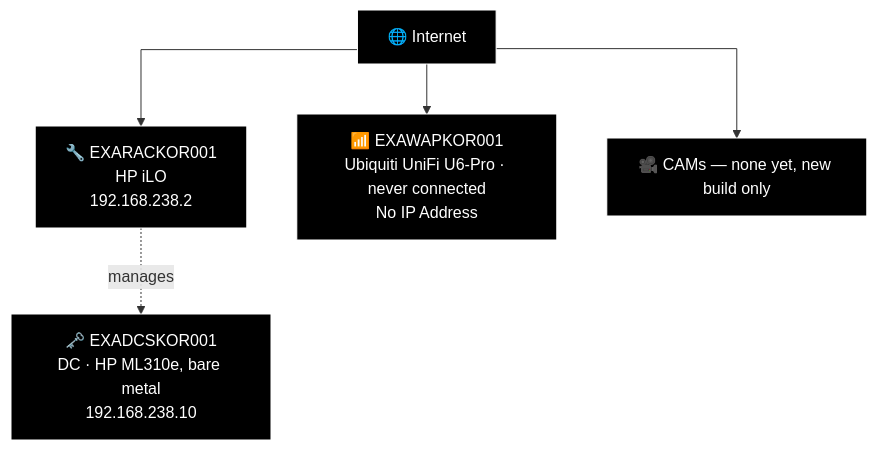
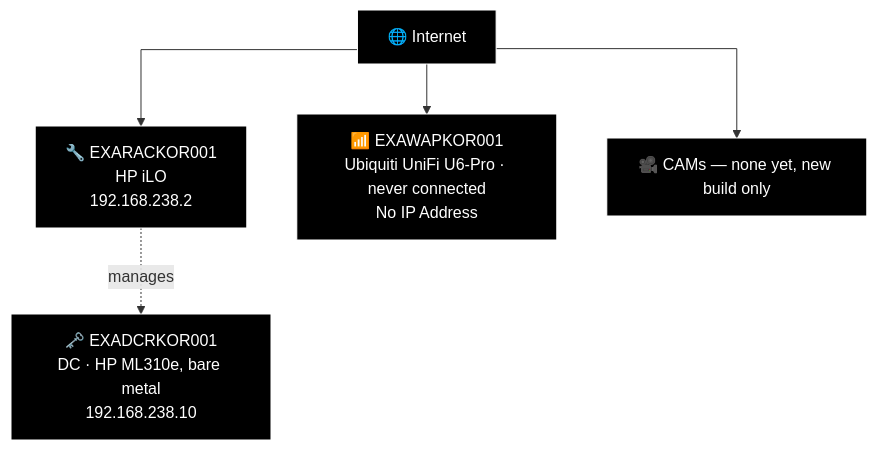
One commit to knightmare2600/example_music_infra changed diagram 12 of 23 in docs/network-diagram/danmark.md. Above: the diagram before and after it, drawn with Mermaid. The commit also changed other lines of this file and 8 other files, not shown here.

````diff
--- a/docs/network-diagram/danmark.md
+++ b/docs/network-diagram/danmark.md
@@ -586,20 +569,20 @@
 ```mermaid
 %%{init: {'flowchart': {'curve': 'stepAfter'}}}%%
 graph TD
     O_INET["🌐 Internet"]
     O_RAC["🔧 EXARACKOR001<br/>HP iLO<br/>192.168.238.2"]
-    O_DC["🗝️ EXADCSKOR001<br/>DC · HP ML310e, bare metal<br/>192.168.238.10"]
+    O_DC["🗝️ EXADCRKOR001<br/>DC · HP ML310e, bare metal<br/>192.168.238.10"]
     O_INET --> O_RAC
     O_RAC -.->|"manages"| O_DC
 
     O_WAP["📶 EXAWAPKOR001<br/>Ubiquiti UniFi U6-Pro · never connected<br/>No IP Address"]
     O_CAM["🎥 CAMs — none yet, new build only"]
     O_INET --> O_WAP
     O_INET --> O_CAM
 
     style O_INET fill:#000000,stroke:#FFFFFF,color:#FFFFFF
     style O_RAC fill:#000000,stroke:#FFFFFF,color:#FFFFFF
     style O_DC fill:#000000,stroke:#FFFFFF,color:#FFFFFF
     style O_WAP fill:#000000,stroke:#FFFFFF,color:#FFFFFF
     style O_CAM fill:#000000,stroke:#FFFFFF,color:#FFFFFF
 ```
````
